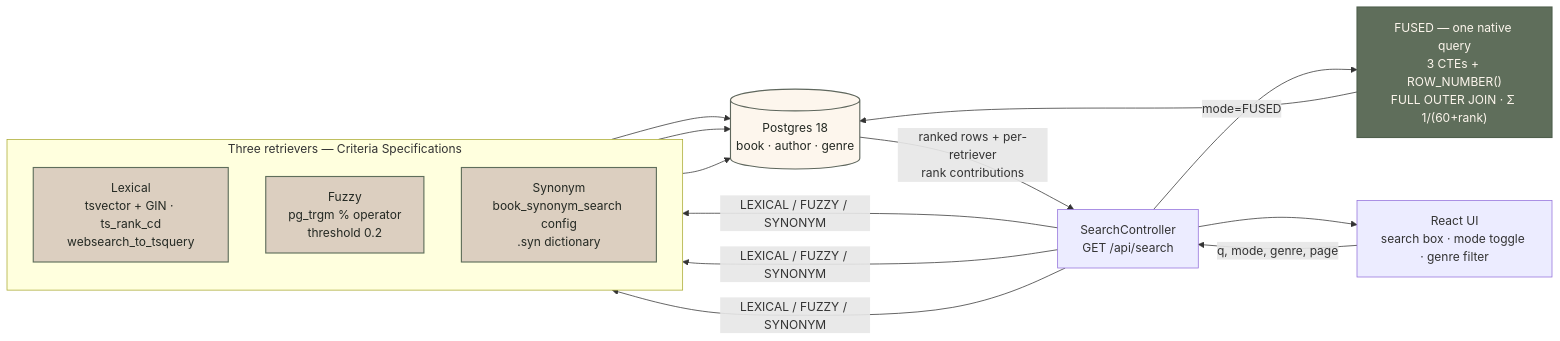
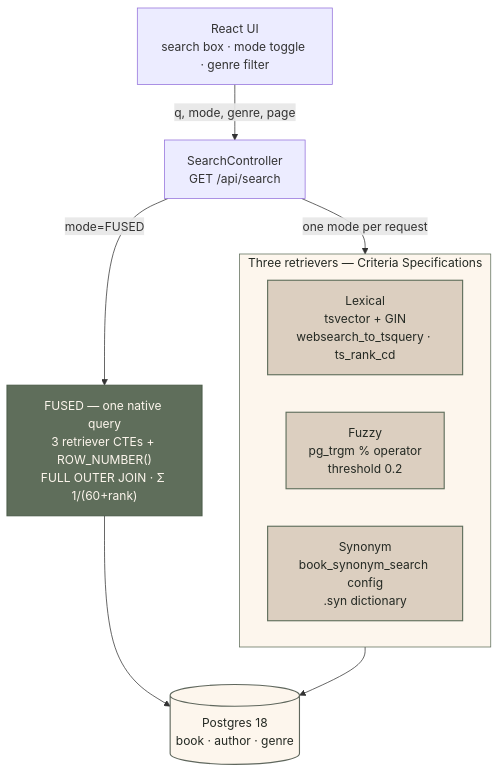
Before and after one commit to lukas-grigis/spring-postgres-fts: the diagram in README.md, drawn with Mermaid. The commit also changed other lines of this file and 9 other files, not shown here.

First line of the commit message:
docs: review fix pass — .syn reload mechanics, diagram, house-standard README

````diff
--- a/README.md
+++ b/README.md
@@ -108,32 +61,23 @@
 ```mermaid
-flowchart LR
+flowchart TB
     UI["React UI<br/>search box · mode toggle · genre filter"]
     API["SearchController<br/>GET /api/search"]
 
     subgraph RETRIEVERS["Three retrievers — Criteria Specifications"]
-        direction TB
-        LEX["Lexical<br/>tsvector + GIN · ts_rank_cd<br/>websearch_to_tsquery"]
-        FUZ["Fuzzy<br/>pg_trgm % operator<br/>threshold 0.2"]
-        SYN["Synonym<br/>book_synonym_search config<br/>.syn dictionary"]
+        LEX["Lexical<br/>tsvector + GIN<br/>websearch_to_tsquery · ts_rank_cd"]:::retriever
+        FUZ["Fuzzy<br/>pg_trgm % operator<br/>threshold 0.2"]:::retriever
+        SYN["Synonym<br/>book_synonym_search config<br/>.syn dictionary"]:::retriever
     end
 
-    DB[("Postgres 18<br/>book · author · genre")]
-    RRF["FUSED — one native query<br/>3 CTEs + ROW_NUMBER()<br/>FULL OUTER JOIN · Σ 1/(60+rank)"]
-
-    UI -->|"q, mode, genre, page"| API
-    API -->|"LEXICAL / FUZZY / SYNONYM"| LEX & FUZ & SYN
-    LEX --> DB
-    FUZ --> DB
-    SYN --> DB
-    API -->|"mode=FUSED"| RRF
+    RRF["FUSED — one native query<br/>3 retriever CTEs + ROW_NUMBER()<br/>FULL OUTER JOIN · Σ 1/(60+rank)"]:::fusion
+    DB[("Postgres 18<br/>book · author · genre")]:::store
+    UI -->|" q, mode, genre, page "| API
+    API -->|" one mode per request "| RETRIEVERS
+    API -->|" mode=FUSED "| RRF
+    RETRIEVERS --> DB
     RRF --> DB
-    DB -->|"ranked rows + per-retriever<br/>rank contributions"| API
-    API --> UI
-
-    classDef retriever fill:#dccfc0,stroke:#5f6e5b,stroke-width:1.5px,color:#242923
-    classDef fusion fill:#5f6e5b,stroke:#4f5f4c,stroke-width:1.5px,color:#fdf6ed
-    classDef store fill:#fdf6ed,stroke:#5f675d,stroke-width:1.5px,color:#242923
-    class LEX,FUZ,SYN retriever
-    class RRF fusion
-    class DB store
+    classDef retriever fill: #dccfc0, stroke: #5f6e5b, stroke-width: 1.5px, color: #242923
+    classDef fusion fill: #5f6e5b, stroke: #4f5f4c, stroke-width: 1.5px, color: #fdf6ed
+    classDef store fill: #fdf6ed, stroke: #5f675d, stroke-width: 1.5px, color: #242923
+    style RETRIEVERS fill: #fdf6ed, stroke: #5f6e5b, color: #242923
 ```
````
